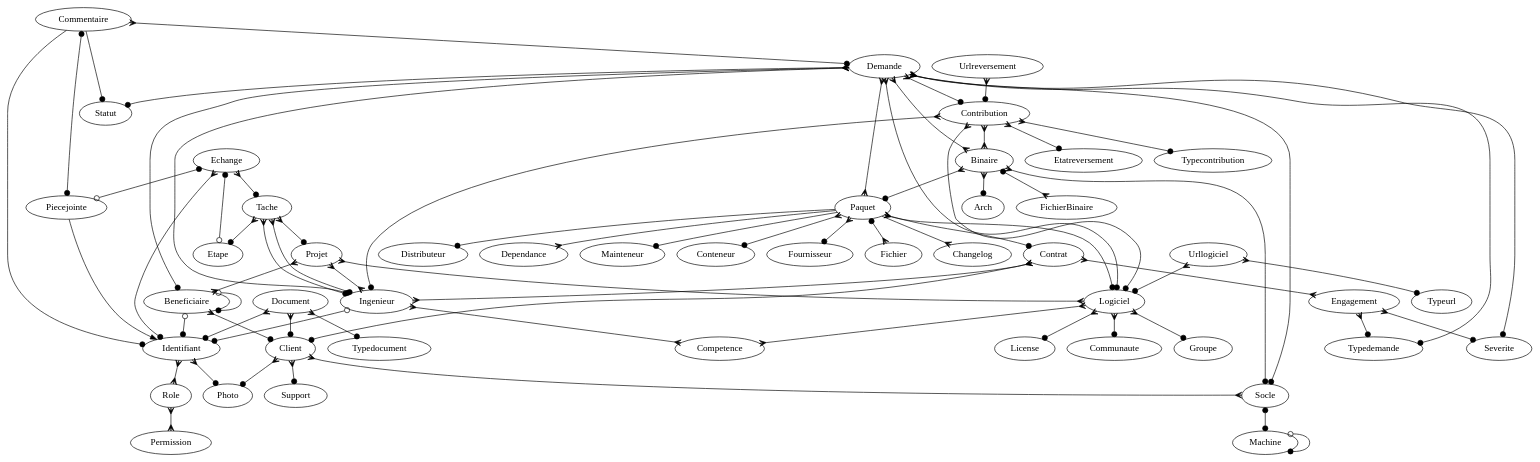
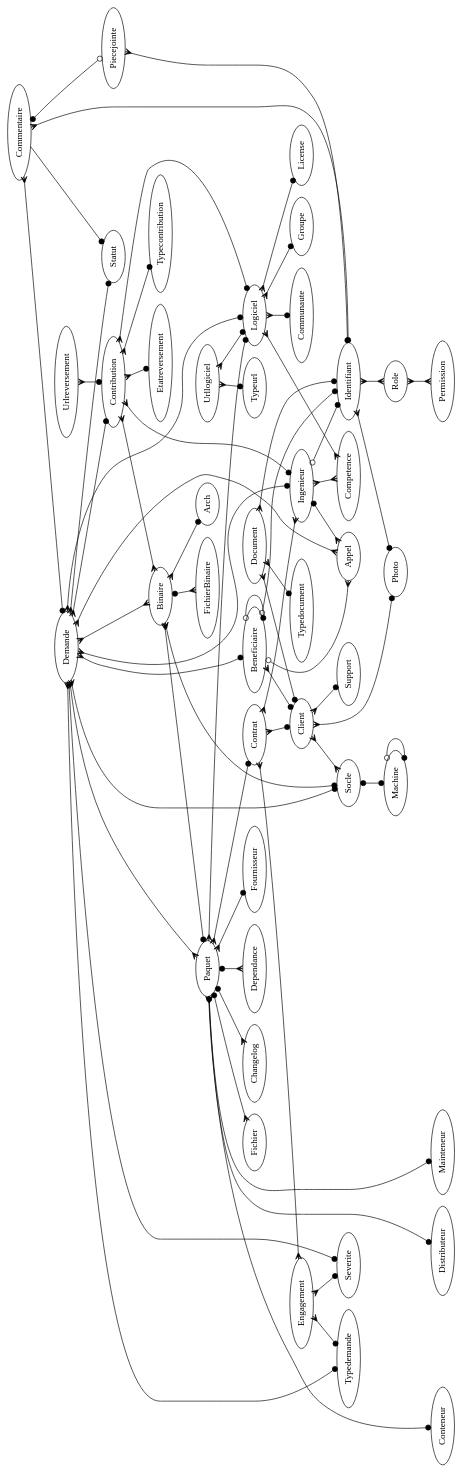
One commit to trivoallan/tosca changed the diagram in doc/modele_donnee.dot. Above: the diagram before and after it, drawn with Graphviz. The commit also changed 30 other files, not shown here.

```diff
--- a/doc/modele_donnee.dot
+++ b/doc/modele_donnee.dot
@@ -1,82 +1,74 @@
 digraph x {
 
-//rotate=90;
+rotate=90;
+
+{rank=max; Distributeur Mainteneur Conteneur }
 
 Binaire -> Paquet [arrowhead=dot,arrowtail=crow,dir=both]
 Binaire -> Socle [arrowhead=dot,dir=both,arrowtail=crow]
 Binaire -> Arch [arrowhead=dot,dir=both,arrowtail=crow]
 Binaire -> FichierBinaire [arrowhead=crow,dir=both,arrowtail=dot]
 
 Beneficiaire -> Identifiant [arrowhead=dot,arrowtail=odot,dir=both]
+Beneficiaire -> Appel [arrowhead=crow,arrowtail=odot,dir=both]
 Beneficiaire -> Client [arrowhead=dot,dir=both,arrowtail=crow]
 Beneficiaire -> Beneficiaire [arrowhead=dot,arrowtail=odot,dir=both]
 Client -> Photo [arrowhead=dot,dir=both,arrowtail=crow]
 Client -> Support [arrowhead=dot,dir=both,arrowtail=crow]
 Client -> Socle [arrowhead=crow,dir=both,arrowtail=crow]
 Commentaire -> Demande [arrowhead=dot,dir=both,arrowtail=crow]
-Commentaire -> Identifiant [arrowhead=dot]
-Commentaire -> Piecejointe [arrowhead=dot,dir=both,arrowtail=dot]
+Commentaire -> Identifiant [arrowhead=dot,dir=both,arrowtail=crow]
+Commentaire -> Piecejointe [arrowhead=odot,dir=both,arrowtail=dot]
 Commentaire -> Statut [arrowhead=dot]
 Contrat -> Client [arrowhead=dot,dir=both,arrowtail=crow]
 Contrat -> Ingenieur [arrowhead=crow,arrowtail=crow,dir=both]
 Contrat -> Engagement [arrowhead=crow,arrowtail=crow,dir=both]
 Identifiant -> Photo [arrowhead=dot,dir=both,arrowtail=crow]
 Identifiant -> Role [arrowhead=crow,arrowtail=crow,dir=both]
 Ingenieur -> Competence [arrowhead=crow,arrowtail=crow,dir=both]
 Ingenieur -> Identifiant [arrowhead=dot,arrowtail=odot,dir=both]
+Ingenieur -> Appel [arrowhead=crow,dir=both,arrowtail=dot]
 Logiciel -> Competence [arrowhead=crow,arrowtail=crow,dir=both]
 Logiciel -> License [arrowhead=dot,dir=both,arrowtail=crow]
 Logiciel -> Communaute [arrowhead=dot,dir=both,arrowtail=crow]
 Logiciel -> Groupe [arrowhead=dot,dir=both,arrowtail=crow]
 Paquet -> Logiciel [arrowhead=dot,dir=both,arrowtail=crow]
 Paquet -> Fournisseur [arrowhead=dot,dir=both,arrowtail=crow]
 Paquet -> Fichier [arrowhead=crow,dir=both,arrowtail=dot]
 Paquet -> Contrat [arrowhead=dot,dir=both,arrowtail=crow]
-Paquet -> Changelog [arrowhead=crow]
-Paquet -> Distributeur [arrowhead=dot]
-Paquet -> Dependance [arrowhead=crow]
-Paquet -> Mainteneur [arrowhead=dot]
+Paquet -> Changelog [arrowhead=crow,dir=both,arrowtail=dot]
+Paquet -> Distributeur [arrowhead=dot,dir=both,arrowtail=dot]
+Paquet -> Dependance [arrowhead=crow,dir=both,arrowtail=dot]
+Paquet -> Mainteneur [arrowhead=dot,dir=both,arrowtail=crow]
 Paquet -> Conteneur [arrowhead=dot,dir=both,arrowtail=crow]
 Socle -> Machine [arrowhead=dot,dir=both,arrowtail=dot]
 Machine -> Machine [arrowhead=dot,dir=both,arrowtail=odot]
 Demande -> Typedemande [arrowhead=dot,dir=both,arrowtail=crow]
 Demande -> Logiciel [arrowhead=dot,dir=both,arrowtail=crow]
 Demande -> Severite [arrowhead=dot,dir=both,arrowtail=crow]
 Demande -> Beneficiaire [arrowhead=dot,dir=both,arrowtail=crow]
 Demande -> Socle [arrowhead=dot,dir=both,arrowtail=crow]
 Demande -> Statut [arrowhead=dot,dir=both,arrowtail=crow]
 Demande -> Ingenieur [arrowhead=dot,dir=both,arrowtail=crow]
 Demande -> Binaire [arrowhead=crow,arrowtail=crow,dir=both]
 Demande -> Paquet [arrowhead=crow,arrowtail=crow,dir=both]
+Demande -> Appel [arrowhead=crow,arrowtail=crow,dir=both]
 Urllogiciel -> Logiciel [arrowhead=dot,dir=both,arrowtail=crow]
 Urllogiciel -> Typeurl [arrowhead=dot,dir=both,arrowtail=crow]
 Engagement -> Severite [arrowhead=dot,dir=both,arrowtail=crow]
 Engagement -> Typedemande [arrowhead=dot,dir=both,arrowtail=crow]
 Role -> Permission [arrowhead=crow,arrowtail=crow,dir=both]
 Contribution -> Binaire [arrowhead=crow,arrowtail=crow,dir=both]
 Urlreversement -> Contribution [arrowhead=dot,dir=both,arrowtail=crow]
 Demande -> Contribution [arrowhead=dot,dir=both,arrowtail=crow]
 Contribution -> Etatreversement [arrowhead=dot,dir=both,arrowtail=crow]
 Contribution -> Typecontribution [arrowhead=dot,dir=both,arrowtail=crow]
 Contribution -> Logiciel [arrowhead=dot,dir=both,arrowtail=crow]
 Contribution -> Ingenieur [arrowhead=dot,dir=both,arrowtail=crow]
-Piecejointe -> Identifiant [arrowtail=crow]
+Piecejointe -> Identifiant [arrowtail=crow,dir=both,arrowhead=dot]
 Document -> Client [arrowhead=dot,dir=both,arrowtail=crow]
 Document -> Typedocument [arrowhead=dot,dir=both,arrowtail=crow]
 Document -> Identifiant [arrowhead=dot,dir=both,arrowtail=crow]
 
-Tache -> Ingenieur [arrowhead=dot,dir=both,arrowtail=crow]
-Tache -> Ingenieur [arrowhead=dot,dir=both,arrowtail=crow]
-Tache -> Projet [arrowhead=dot,dir=both,arrowtail=crow]
-Tache -> Etape [arrowhead=dot,dir=both,arrowtail=crow]
-
-Projet -> Logiciel [arrowhead=crow,dir=both,arrowtail=crow]
-Projet -> Beneficiaire [arrowhead=crow,dir=both,arrowtail=crow]
-Projet -> Ingenieur [arrowhead=crow,dir=both,arrowtail=crow]
-
-Echange -> Tache [arrowhead=dot,dir=both,arrowtail=crow]
-Echange -> Identifiant [arrowhead=dot,dir=both,arrowtail=crow]
-Echange -> Piecejointe [arrowhead=odot,dir=both,arrowtail=dot]
-Echange -> Etape [arrowhead=odot,dir=both,arrowtail=dot]
 
 }
```
